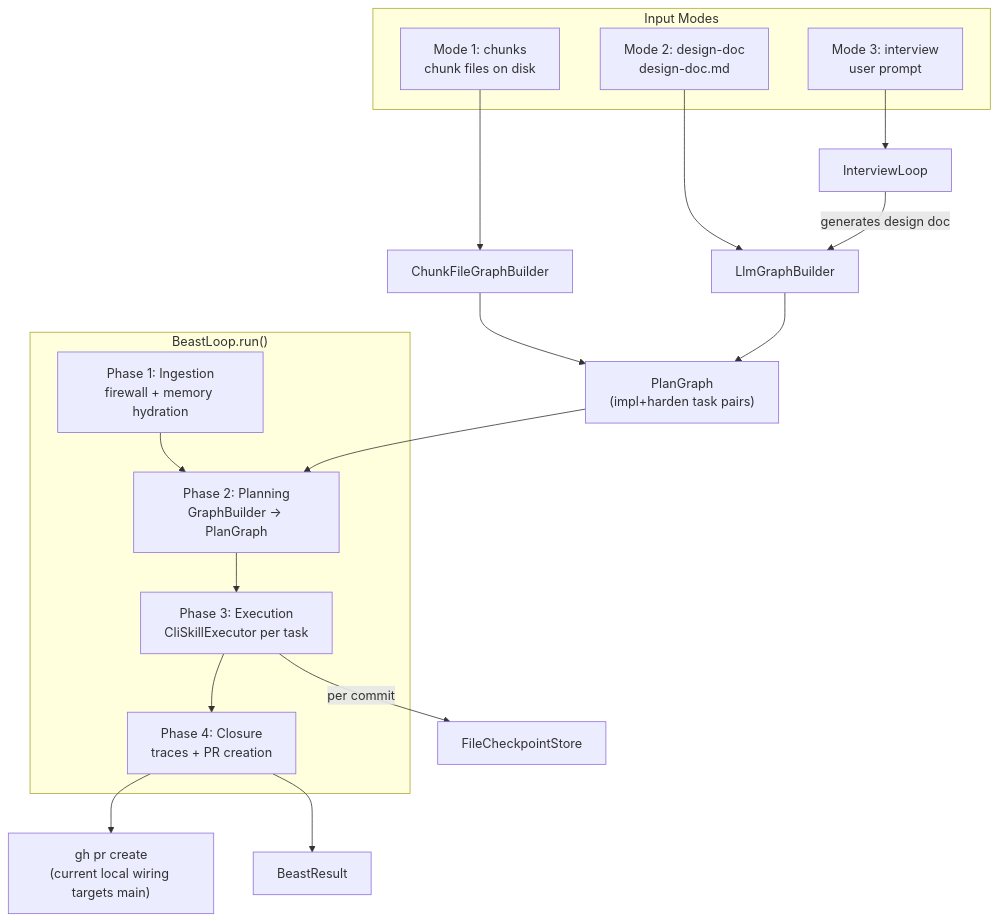
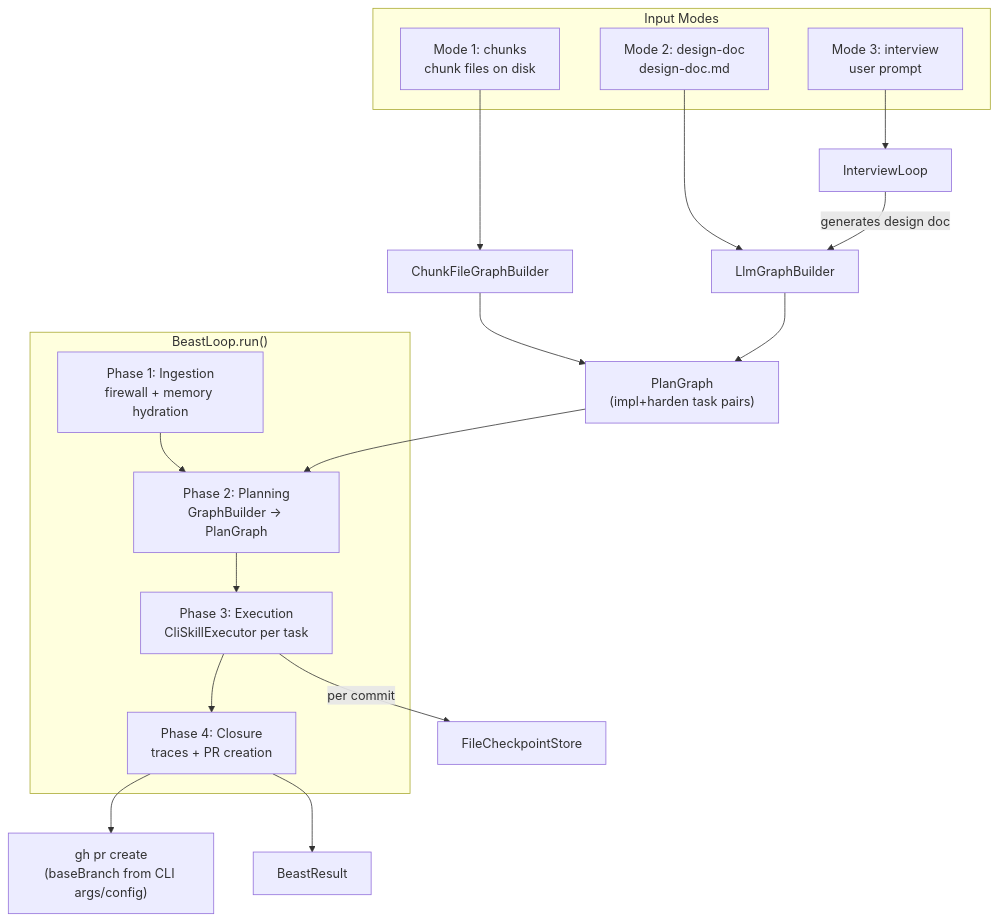
One commit to djm204/frankenbeast changed the third of 7 diagrams in docs/ARCHITECTURE.md. Above: the diagram before and after it, drawn with Mermaid. The commit also changed other lines of this file and 2 other files, not shown here.

First line of the commit message:
docs: fix stale documentation — test counts, ADR count, PR target branch

````diff
--- a/docs/ARCHITECTURE.md
+++ b/docs/ARCHITECTURE.md
@@ -185,29 +185,29 @@
 ```mermaid
 flowchart TD
     subgraph "Input Modes"
         M1["Mode 1: chunks<br/>chunk files on disk"]
         M2["Mode 2: design-doc<br/>design-doc.md"]
         M3["Mode 3: interview<br/>user prompt"]
     end
 
     M1 --> CFG["ChunkFileGraphBuilder"]
     M2 --> LGB["LlmGraphBuilder"]
     M3 --> IL["InterviewLoop"]
     IL -->|generates design doc| LGB
 
     CFG --> PG["PlanGraph<br/>(impl+harden task pairs)"]
     LGB --> PG
 
     subgraph "BeastLoop.run()"
         ING["Phase 1: Ingestion<br/>firewall + memory hydration"]
         PLN["Phase 2: Planning<br/>GraphBuilder → PlanGraph"]
         EXE["Phase 3: Execution<br/>CliSkillExecutor per task"]
         CLO["Phase 4: Closure<br/>traces + PR creation"]
         ING --> PLN --> EXE --> CLO
     end
 
     PG --> PLN
     EXE -->|per commit| CKP["FileCheckpointStore"]
-    CLO --> PR["gh pr create<br/>(current local wiring targets main)"]
+    CLO --> PR["gh pr create<br/>(baseBranch from CLI args/config)"]
     CLO --> BR["BeastResult"]
 ```
````
